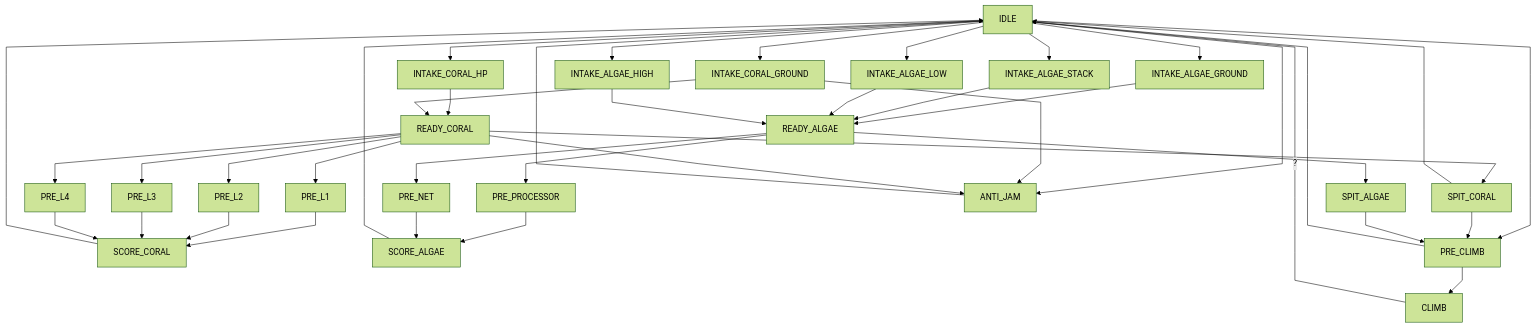
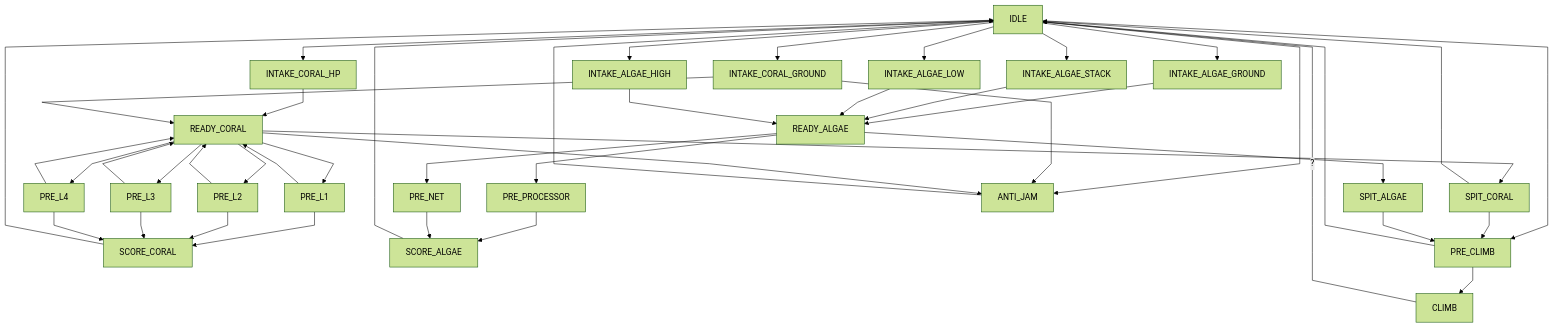
Before and after one commit to HighlanderRobotics/Reefscape: the diagram in notes/superstructure.md, drawn with Mermaid (forest theme).

Commit message:
add coral scoring cancel

````diff
--- a/notes/superstructure.md
+++ b/notes/superstructure.md
@@ -3,57 +3,62 @@
 ```mermaid
 %%{ init: { 'flowchart': { 'curve': 'linear' } } }%%
 graph TD;
 
 IDLE
 
 IDLE --> INTAKE_CORAL_HP
 IDLE --> INTAKE_CORAL_GROUND
 INTAKE_CORAL_HP --> READY_CORAL
 INTAKE_CORAL_GROUND --> READY_CORAL
 
 READY_CORAL --> SPIT_CORAL
 SPIT_CORAL --> IDLE
 
 READY_CORAL --> PRE_L1
 READY_CORAL --> PRE_L2
 READY_CORAL --> PRE_L3
 READY_CORAL --> PRE_L4
 
 SCORE_CORAL
 PRE_L1 --> SCORE_CORAL
 PRE_L2 --> SCORE_CORAL
 PRE_L3 --> SCORE_CORAL
 PRE_L4 --> SCORE_CORAL
+
+PRE_L1 --> READY_CORAL
+PRE_L2 --> READY_CORAL
+PRE_L3 --> READY_CORAL
+PRE_L4 --> READY_CORAL
 SCORE_CORAL --> IDLE
 
 IDLE --> INTAKE_ALGAE_GROUND
 IDLE --> INTAKE_ALGAE_STACK
 IDLE --> INTAKE_ALGAE_LOW
 IDLE --> INTAKE_ALGAE_HIGH
 
 INTAKE_ALGAE_GROUND --> READY_ALGAE
 INTAKE_ALGAE_STACK --> READY_ALGAE
 INTAKE_ALGAE_LOW --> READY_ALGAE
 INTAKE_ALGAE_HIGH --> READY_ALGAE
 
 READY_ALGAE --> SPIT_ALGAE
 READY_ALGAE --> PRE_PROCESSOR
 READY_ALGAE --> PRE_NET
 
 PRE_PROCESSOR --> SCORE_ALGAE
 PRE_NET --> SCORE_ALGAE
 
 SCORE_ALGAE --> IDLE
 
 IDLE --> ANTI_JAM
 ANTI_JAM --> IDLE
 INTAKE_CORAL_GROUND --> ANTI_JAM
 READY_CORAL --> ANTI_JAM
 
 IDLE --> PRE_CLIMB
 SPIT_CORAL --> PRE_CLIMB
 SPIT_ALGAE --> PRE_CLIMB
 PRE_CLIMB --> IDLE
 PRE_CLIMB --> CLIMB
 CLIMB --"?"--> IDLE
 ```
````
